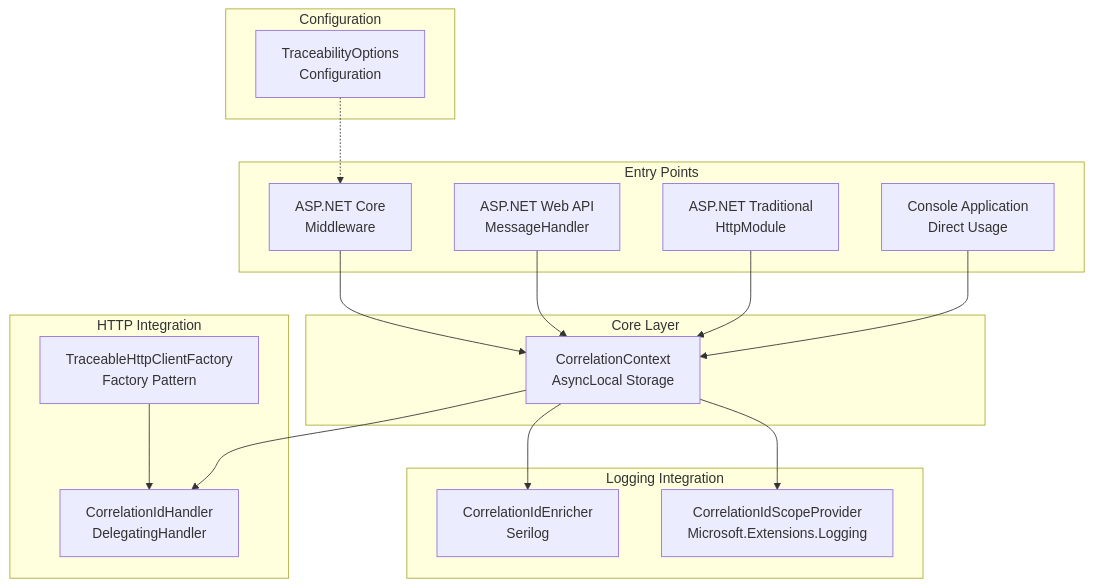
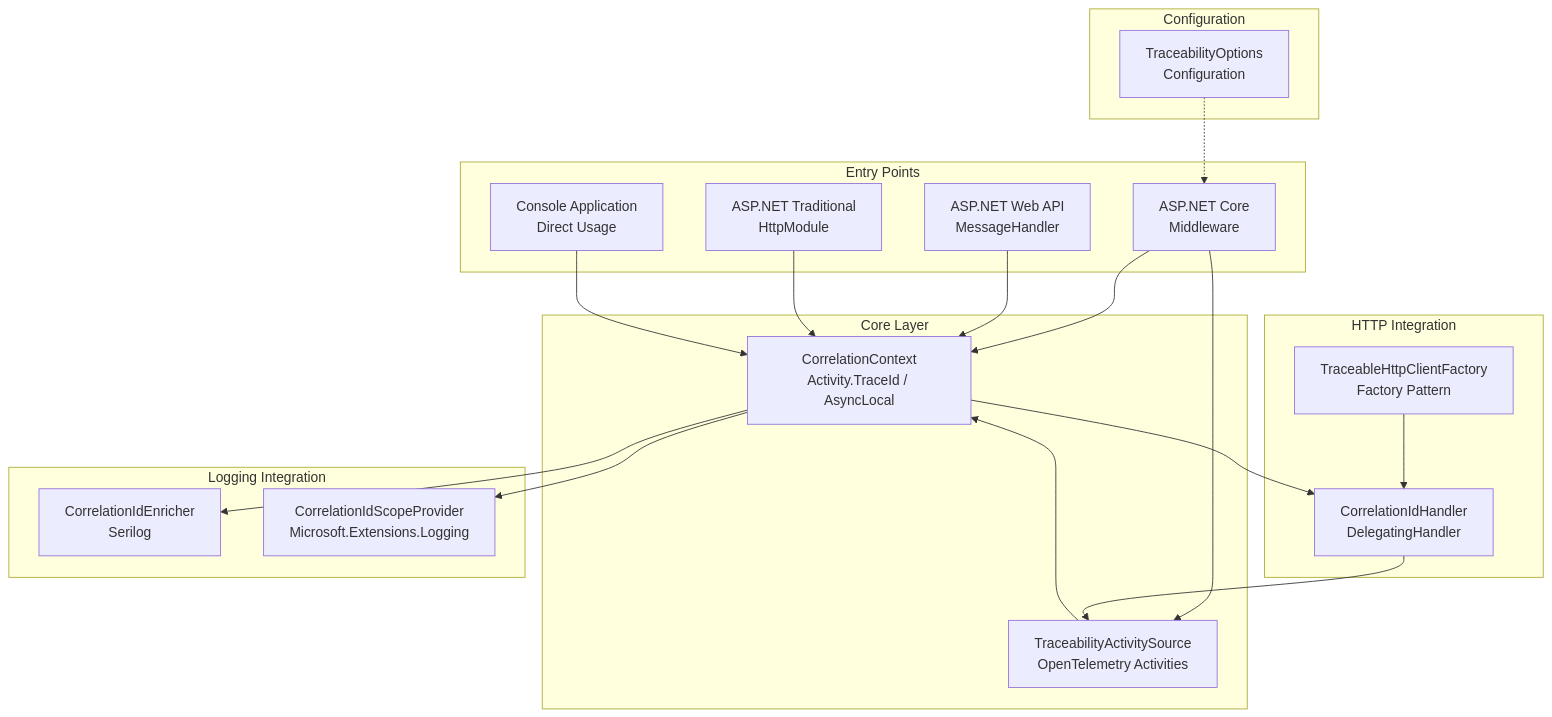
The first of 8 diagrams in docs/agents/architecture.md (whitebeardit/traceability), drawn with Mermaid before and after one commit. The commit also changed other lines of this file and 23 other files, not shown here.

````diff
--- a/docs/agents/architecture.md
+++ b/docs/agents/architecture.md
@@ -5,39 +5,44 @@
 ```mermaid
 graph TB
     subgraph "Entry Points"
         ASPNETCore[ASP.NET Core<br/>Middleware]
         ASPNETWebAPI[ASP.NET Web API<br/>MessageHandler]
         ASPNETTraditional[ASP.NET Traditional<br/>HttpModule]
         ConsoleApp[Console Application<br/>Direct Usage]
     end
 
     subgraph "Core Layer"
-        CorrelationContext[CorrelationContext<br/>AsyncLocal Storage]
+        CorrelationContext[CorrelationContext<br/>Activity.TraceId / AsyncLocal]
+        ActivitySource[TraceabilityActivitySource<br/>OpenTelemetry Activities]
     end
 
     subgraph "HTTP Integration"
         HttpClientHandler[CorrelationIdHandler<br/>DelegatingHandler]
         HttpClientFactory[TraceableHttpClientFactory<br/>Factory Pattern]
     end
 
     subgraph "Logging Integration"
         SerilogEnricher[CorrelationIdEnricher<br/>Serilog]
         MELScopeProvider[CorrelationIdScopeProvider<br/>Microsoft.Extensions.Logging]
     end
 
     subgraph "Configuration"
         TraceabilityOptions[TraceabilityOptions<br/>Configuration]
     end
 
     ASPNETCore --> CorrelationContext
     ASPNETWebAPI --> CorrelationContext
     ASPNETTraditional --> CorrelationContext
     ConsoleApp --> CorrelationContext
 
+    ASPNETCore --> ActivitySource
+    HttpClientHandler --> ActivitySource
+
     CorrelationContext --> HttpClientHandler
     CorrelationContext --> SerilogEnricher
     CorrelationContext --> MELScopeProvider
+    ActivitySource --> CorrelationContext
 
     HttpClientFactory --> HttpClientHandler
     TraceabilityOptions -.-> ASPNETCore
 ```
````
